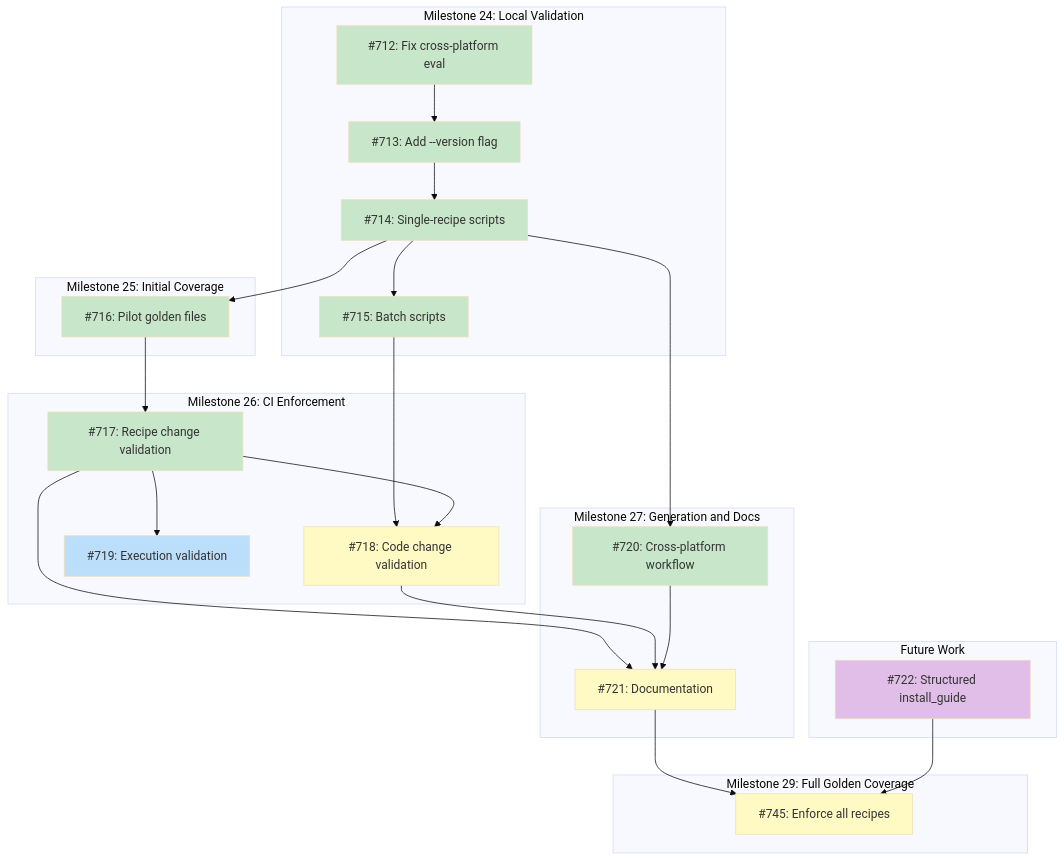
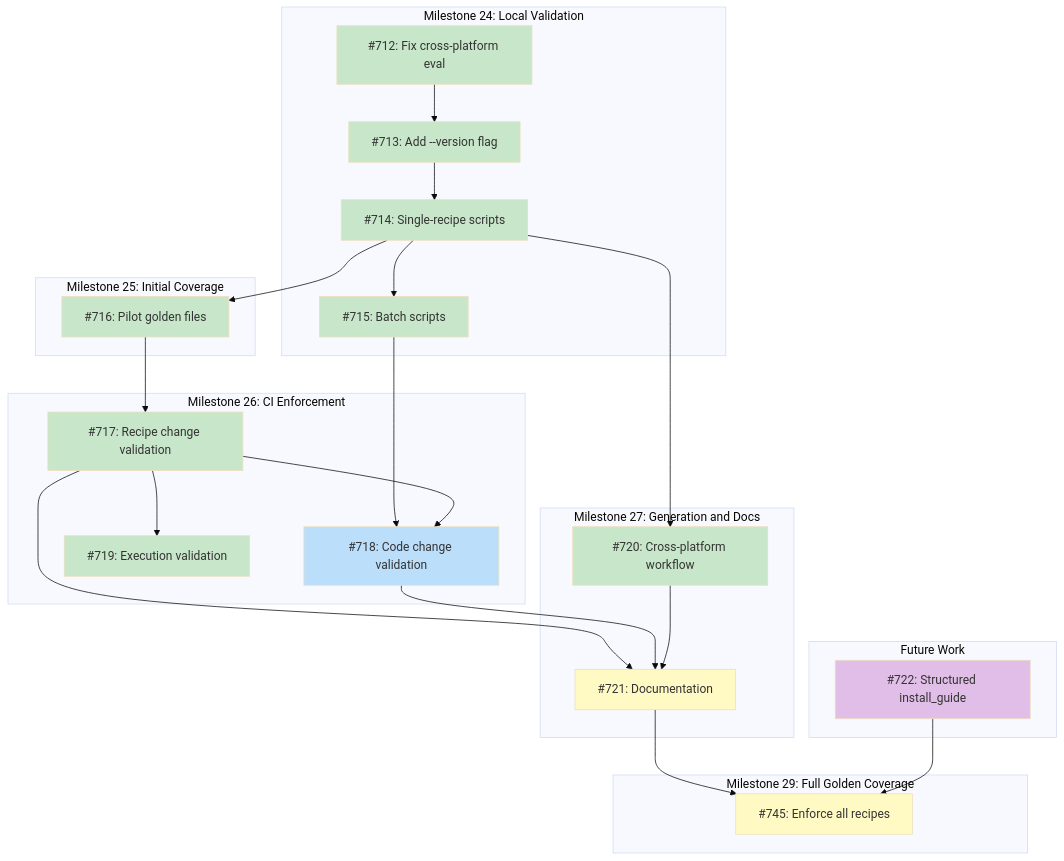
One commit to tsukumogami/tsuku changed the diagram in docs/DESIGN-golden-plan-testing.md. Above: the diagram before and after it, drawn with Mermaid (base theme).

Commit message:
docs: mark #719 as done in design doc

````diff
--- a/docs/DESIGN-golden-plan-testing.md
+++ b/docs/DESIGN-golden-plan-testing.md
@@ -48,57 +48,57 @@
 ```mermaid
 graph TD
     subgraph M24["Milestone 24: Local Validation"]
         I712["#712: Fix cross-platform eval"]
         I713["#713: Add --version flag"]
         I714["#714: Single-recipe scripts"]
         I715["#715: Batch scripts"]
     end
 
     subgraph M25["Milestone 25: Initial Coverage"]
         I716["#716: Pilot golden files"]
     end
 
     subgraph M26["Milestone 26: CI Enforcement"]
         I717["#717: Recipe change validation"]
         I718["#718: Code change validation"]
         I719["#719: Execution validation"]
     end
 
     subgraph M27["Milestone 27: Generation and Docs"]
         I720["#720: Cross-platform workflow"]
         I721["#721: Documentation"]
     end
 
     subgraph M29["Milestone 29: Full Golden Coverage"]
         I745["#745: Enforce all recipes"]
     end
 
     subgraph Future["Future Work"]
         I722["#722: Structured install_guide"]
     end
 
     I712 --> I713
     I713 --> I714
     I714 --> I715
     I714 --> I716
     I714 --> I720
     I716 --> I717
     I715 --> I718
     I717 --> I718
     I717 --> I719
     I717 --> I721
     I718 --> I721
     I720 --> I721
     I721 --> I745
     I722 --> I745
 
     classDef done fill:#c8e6c9
     classDef ready fill:#bbdefb
     classDef blocked fill:#fff9c4
     classDef needsDesign fill:#e1bee7
 
-    class I712,I713,I714,I715,I716,I717,I720 done
-    class I719 ready
-    class I718,I721,I745 blocked
+    class I712,I713,I714,I715,I716,I717,I719,I720 done
+    class I718 ready
+    class I721,I745 blocked
     class I722 needsDesign
 ```
````
